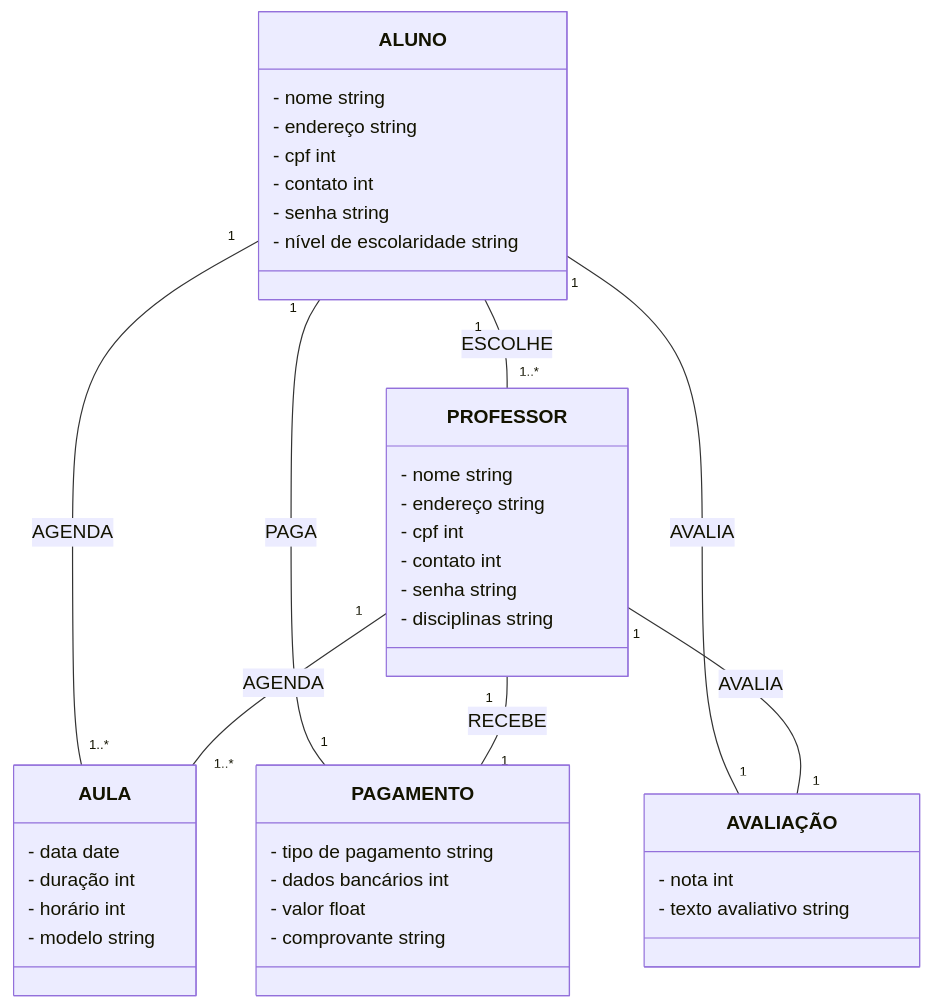
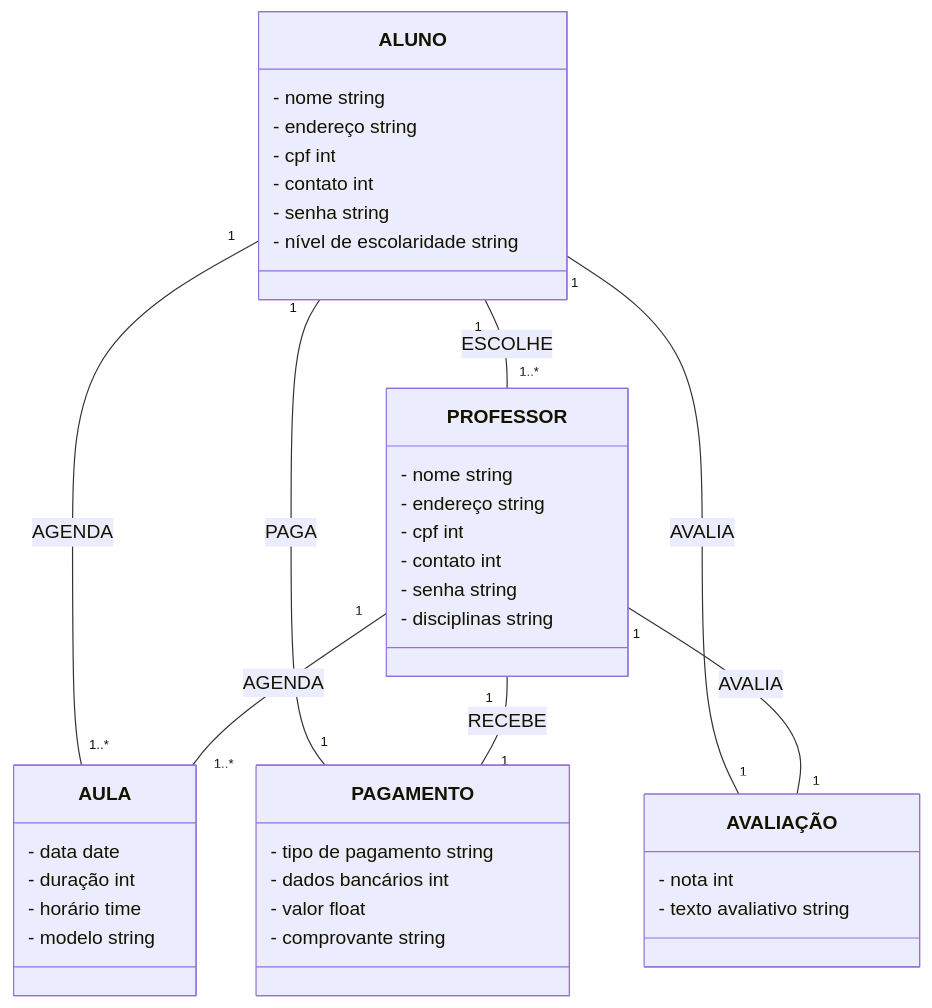
The diagram in README.md (iagorosa28/eng_software), drawn with Mermaid before and after one commit.

````diff
--- a/README.md
+++ b/README.md
@@ -313,43 +313,43 @@
 ```mermaid
 classDiagram
 
   ALUNO "1" -- "1..*" PROFESSOR : ESCOLHE
   ALUNO "1" -- "1..*" AULA : AGENDA
   ALUNO "1" -- "1" PAGAMENTO : PAGA
   ALUNO "1" -- "1" AVALIAÇÃO : AVALIA
   PROFESSOR "1" -- "1..*" AULA : AGENDA
   PROFESSOR "1" -- "1" PAGAMENTO : RECEBE
   PROFESSOR "1" -- "1" AVALIAÇÃO : AVALIA
 
   class ALUNO
   ALUNO : - nome string
   ALUNO : - endereço string
   ALUNO : - cpf int
   ALUNO : - contato int
   ALUNO : - senha string
   ALUNO : - nível de escolaridade string
 
   class PROFESSOR
   PROFESSOR : - nome string
   PROFESSOR : - endereço string
   PROFESSOR : - cpf int
   PROFESSOR : - contato int
   PROFESSOR : - senha string
   PROFESSOR : - disciplinas string
 
   class AULA
   AULA : - data date
   AULA : - duração int
-  AULA : - horário int
+  AULA : - horário time
   AULA : - modelo string
 
   class PAGAMENTO
   PAGAMENTO : - tipo de pagamento string
   PAGAMENTO : - dados bancários int
   PAGAMENTO : - valor float
   PAGAMENTO : - comprovante string
 
   class AVALIAÇÃO
   AVALIAÇÃO : - nota int
   AVALIAÇÃO : - texto avaliativo string
 ```
````
